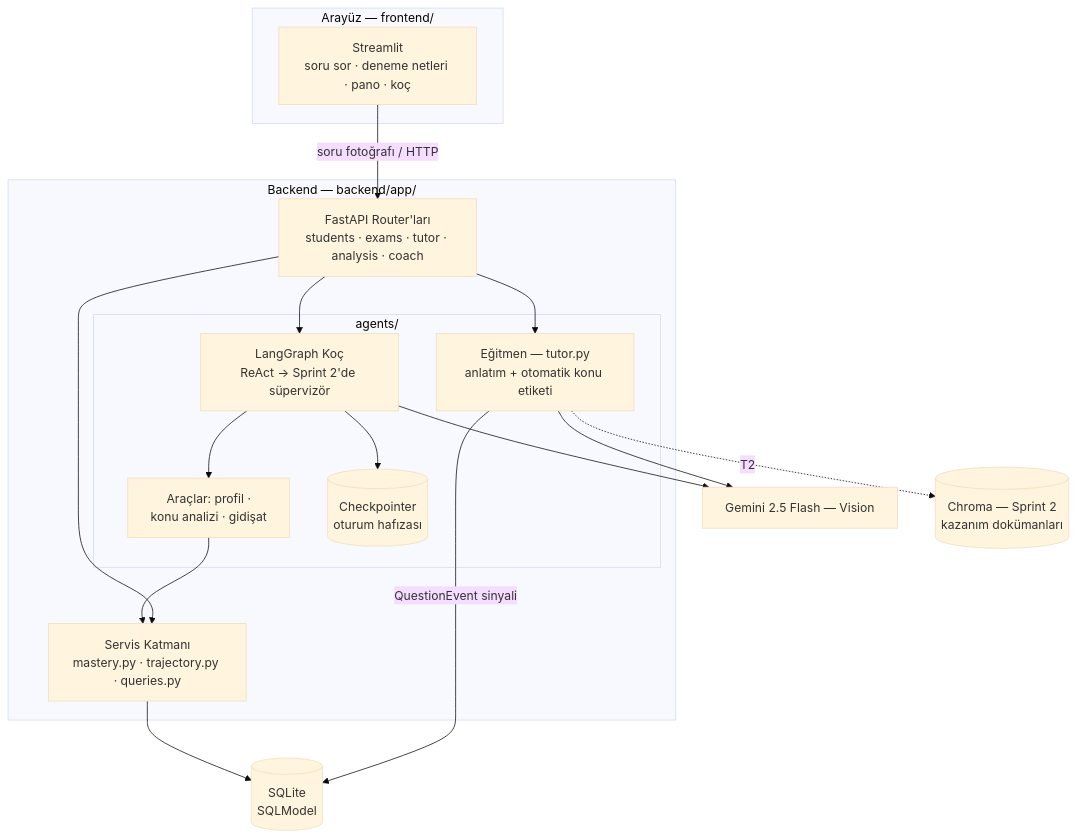
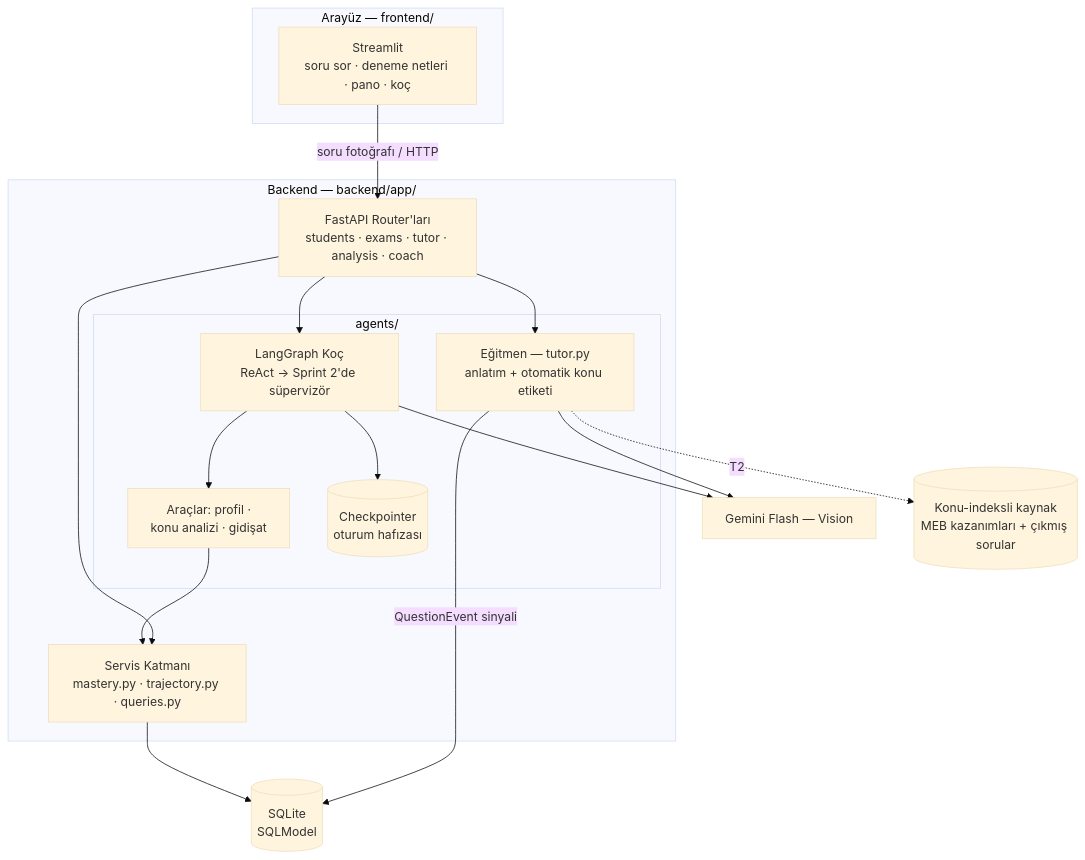
The first of 2 diagrams in docs/mimari.md (Baharcakir/bootcamp-2026), drawn with Mermaid (base theme) before and after one commit. The commit also changed other lines of this file and 11 other files, not shown here.

````diff
--- a/docs/mimari.md
+++ b/docs/mimari.md
@@ -9,30 +9,30 @@
 ```mermaid
 flowchart TB
     subgraph Arayuz["Arayüz — frontend/"]
         UI[Streamlit<br/>soru sor · deneme netleri · pano · koç]
     end
     subgraph Backend["Backend — backend/app/"]
         API[FastAPI Router'ları<br/>students · exams · tutor · analysis · coach]
         SVC[Servis Katmanı<br/>mastery.py · trajectory.py · queries.py]
         subgraph Agents["agents/"]
             TUT[Eğitmen — tutor.py<br/>anlatım + otomatik konu etiketi]
             COACH[LangGraph Koç<br/>ReAct → Sprint 2'de süpervizör]
             TOOLS[Araçlar: profil ·<br/>konu analizi · gidişat]
             MEM[(Checkpointer<br/>oturum hafızası)]
         end
     end
     DB[(SQLite<br/>SQLModel)]
-    LLM[Gemini 2.5 Flash — Vision]
-    RAGDB[(Chroma — Sprint 2<br/>kazanım dokümanları)]
+    LLM[Gemini Flash — Vision]
+    RAGDB[(Konu-indeksli kaynak<br/>MEB kazanımları + çıkmış sorular)]
 
     UI -->|soru fotoğrafı / HTTP| API
     API --> TUT
     TUT --> LLM
     TUT -->|QuestionEvent sinyali| DB
     API --> SVC --> DB
     API --> COACH
     COACH --> TOOLS --> SVC
     COACH --> MEM
     COACH --> LLM
     TUT -.T2.-> RAGDB
 ```
````
